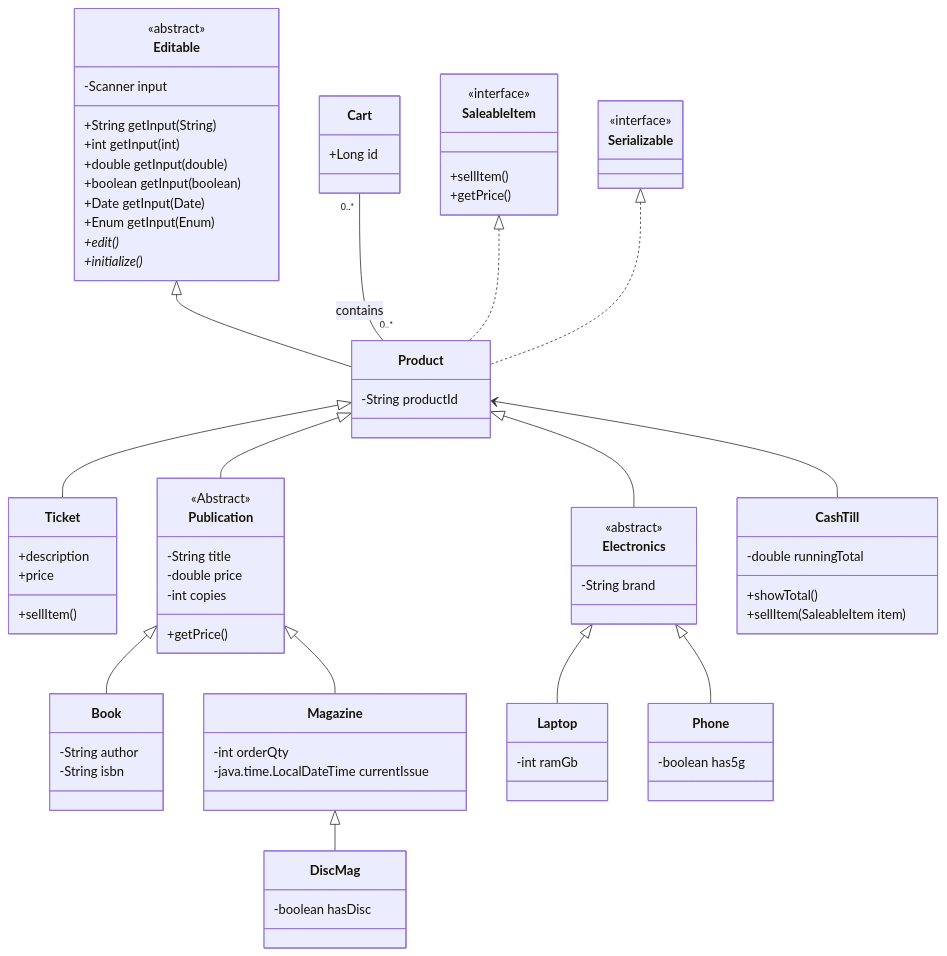
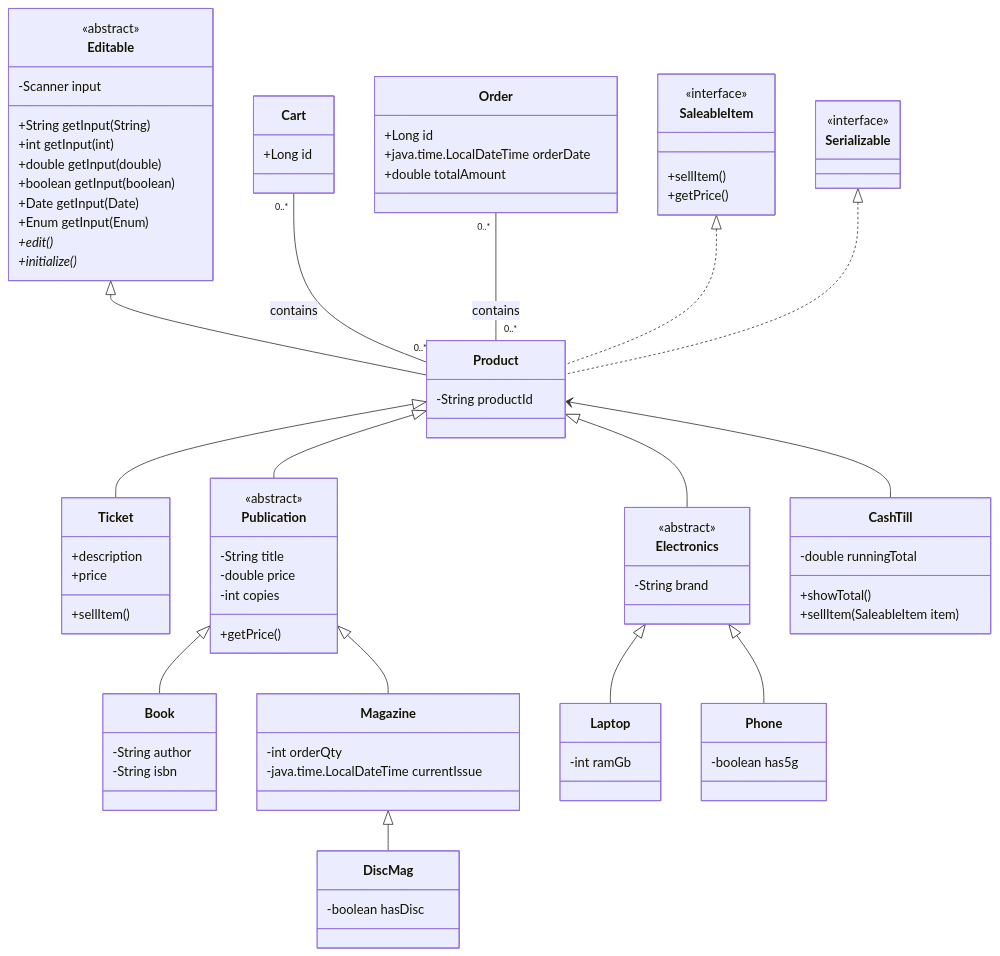
One commit to fcarella/csd230_w26.lab1.FirstnameLastname changed the diagram in documentation/bookstore.f25-2025-11-17-211001.mmd. Above: the diagram before and after it, drawn with Mermaid. The commit also changed 15 other files, not shown here.

```diff
--- a/documentation/bookstore.f25-2025-11-17-211001.mmd
+++ b/documentation/bookstore.f25-2025-11-17-211001.mmd
@@ -1,87 +1,98 @@
 classDiagram
     Editable <|-- Product
     Product <|-- Ticket
     Product <|-- Publication
     Publication <|-- Book
     Publication <|-- Magazine
     Magazine <|-- DiscMag
 
-    %% Niche hierarchy (Electronics)
+%% Niche hierarchy (Electronics)
     Product <|-- Electronics
     Electronics <|-- Laptop
     Electronics <|-- Phone
 
-    %% Cart relationship
+%% Cart relationship
     Cart "0..*" -- "0..*" Product : contains
+
+
+%% ✅ Lab 2: Order relationship
+    Order "0..*" -- "0..*" Product : contains
 
     SaleableItem <|.. Product
     Serializable <|.. Product
     Product <-- CashTill
 
     class Cart{
         +Long id
+    }
+
+%% ✅ Lab 2: OrderEntity added
+    class Order{
+        +Long id
+        +java.time.LocalDateTime orderDate
+        +double totalAmount
     }
 
     class Electronics{
         <<abstract>>
         -String brand
     }
     class Laptop{
         -int ramGb
     }
     class Phone{
         -boolean has5g
     }
 
     class Product{
         -String productId
     }
 
     class Serializable{
         <<interface>>
     }
     class Ticket{
         +description
         +price
         +sellItem()
     }
     class Editable{
         <<abstract>>
         -Scanner input
         +String getInput(String)
         +int getInput(int)
         +double getInput(double)
         +boolean getInput(boolean)
         +Date getInput(Date)
         +Enum getInput(Enum)
         +edit()*
         +initialize()*
     }
     class Publication{
-        <<Abstract>>
+        <<abstract>>
         -String title
         -double price
         -int copies
         +getPrice()
     }
     class Book{
         -String author
         -String isbn
     }
     class Magazine{
         -int orderQty
         -java.time.LocalDateTime currentIssue
     }
     class DiscMag{
         -boolean hasDisc
     }
     class CashTill{
         -double runningTotal
         +showTotal()
         +sellItem(SaleableItem item)
     }
     class SaleableItem {
         <<interface>>
         +sellItem()
         +getPrice()
     }
```
